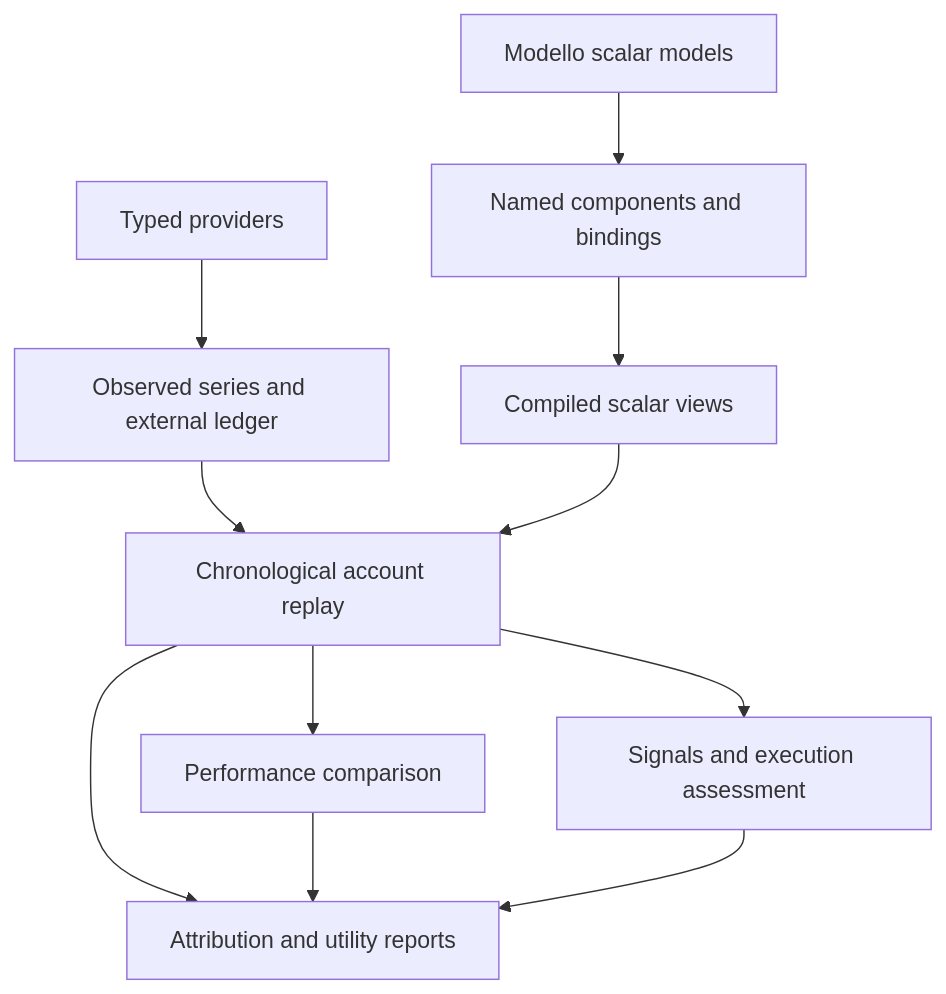
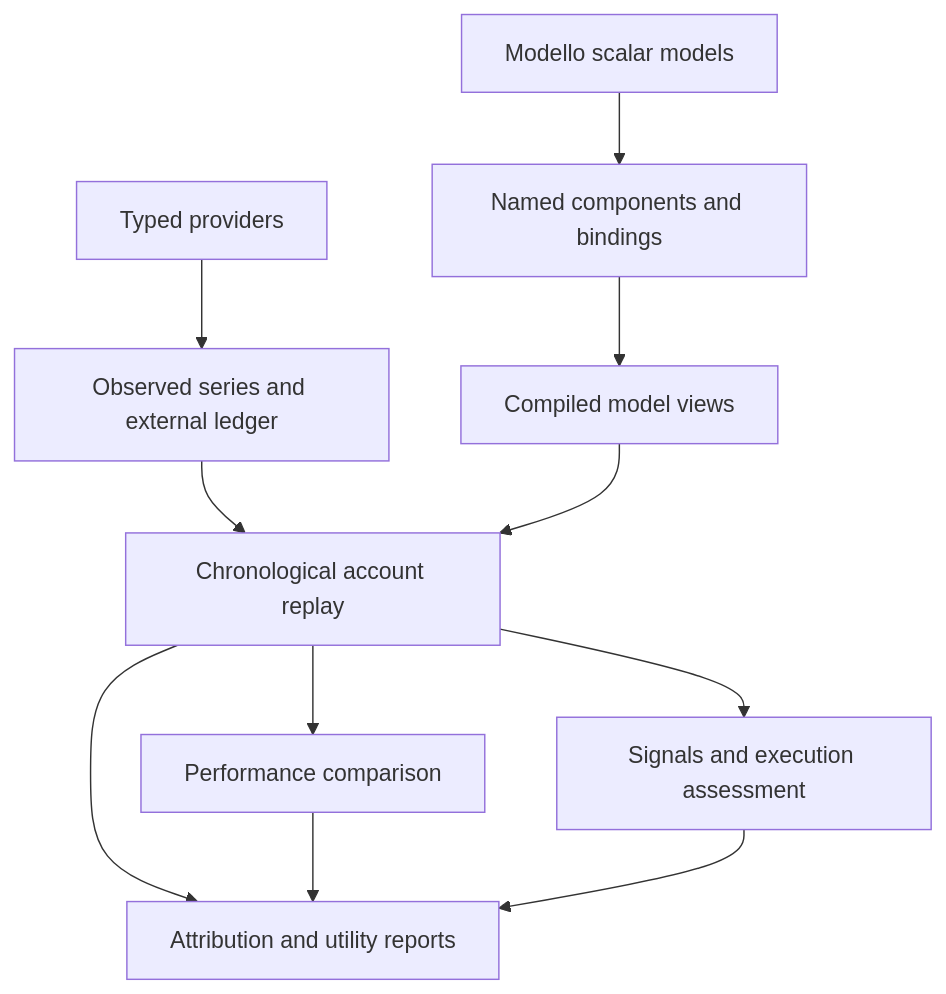
The diagram in docs/examples/portfolio/layers.rst (Code0x58/modello), drawn with Mermaid before and after one commit. The commit also changed other lines of this file and 22 other files, not shown here.

```diff
--- a/docs/examples/portfolio/layers.rst
+++ b/docs/examples/portfolio/layers.rst
@@ -11,15 +11,15 @@
 .. mermaid::
    :caption: Definitions, data, evaluation, and reporting
    :alt: Core models and named declarations supply expressions to the numerical plan. Providers and the ledger supply observed data. Replay uses both to produce account paths, which support decisions, performance, and reports.
 
    flowchart TD
        core[Modello scalar models] --> declarations[Named components and bindings]
-       declarations --> plan[Compiled scalar views]
+       declarations --> plan[Compiled model views]
        providers[Typed providers] --> observations[Observed series and external ledger]
        observations --> replay[Chronological account replay]
        plan --> replay
        replay --> decisions[Signals and execution assessment]
        replay --> performance[Performance comparison]
        replay --> reports[Attribution and utility reports]
        performance --> reports
        decisions --> reports
```
